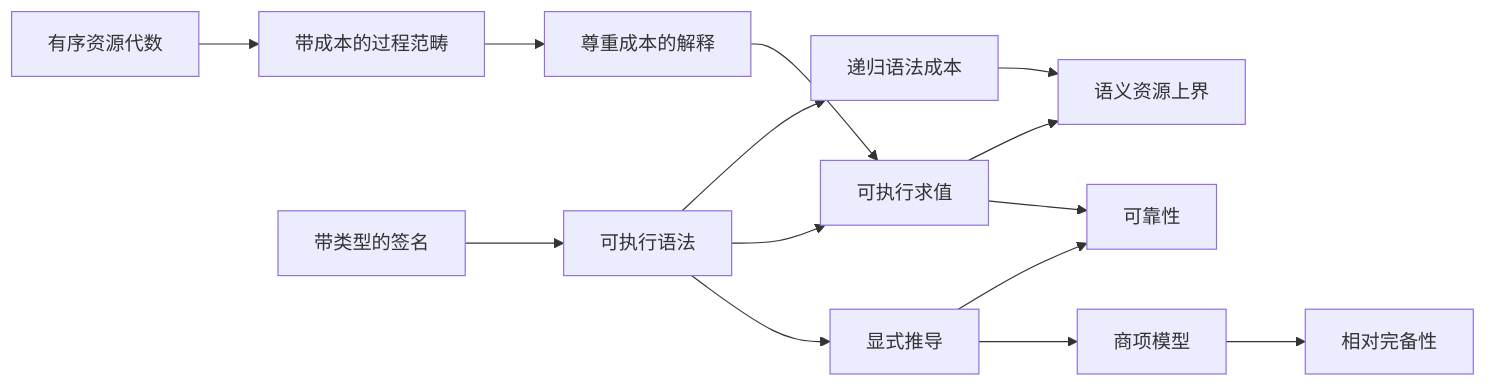
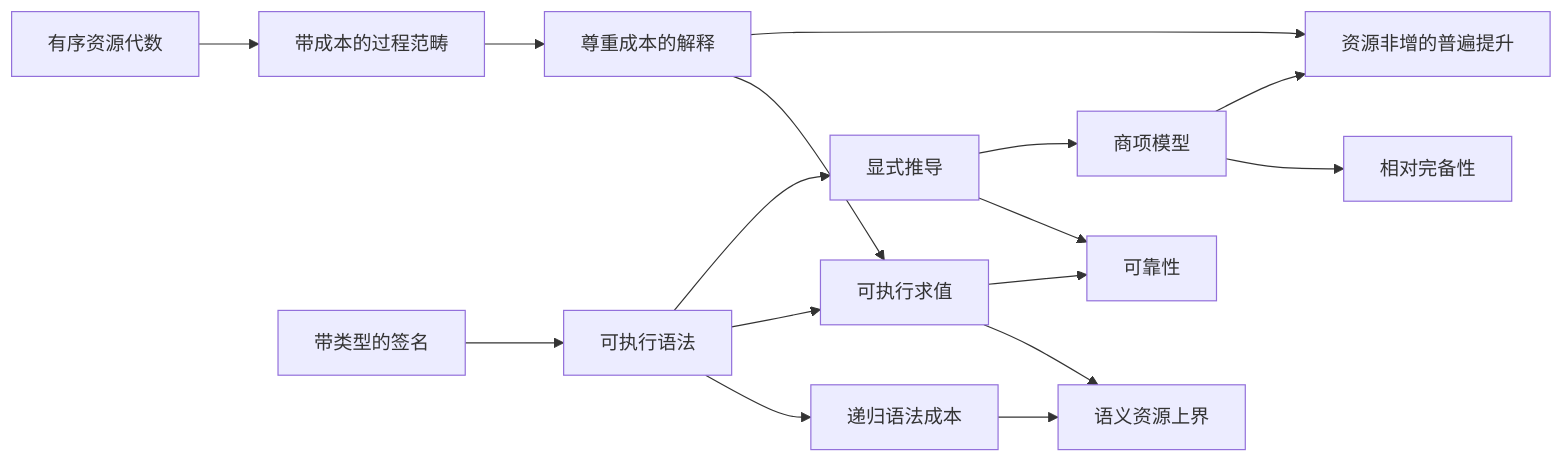
The diagram in docs/README.zh-CN.md (miuchan/ript), drawn with Mermaid before and after one commit. The commit also changed other lines of this file and 10 other files, not shown here.

````diff
--- a/docs/README.zh-CN.md
+++ b/docs/README.zh-CN.md
@@ -181,16 +186,18 @@
 ```mermaid
 flowchart LR
   R["有序资源代数"] --> C["带成本的过程范畴"]
   S["带类型的签名"] --> X["可执行语法"]
   X --> K["递归语法成本"]
   C --> I["尊重成本的解释"]
   X --> E["可执行求值"]
   I --> E
   K --> B["语义资源上界"]
   E --> B
   X --> D["显式推导"]
   D --> SO["可靠性"]
   E --> SO
   D --> T["商项模型"]
   T --> CO["相对完备性"]
+  I --> U["资源非增的普遍提升"]
+  T --> U
 ```
````
